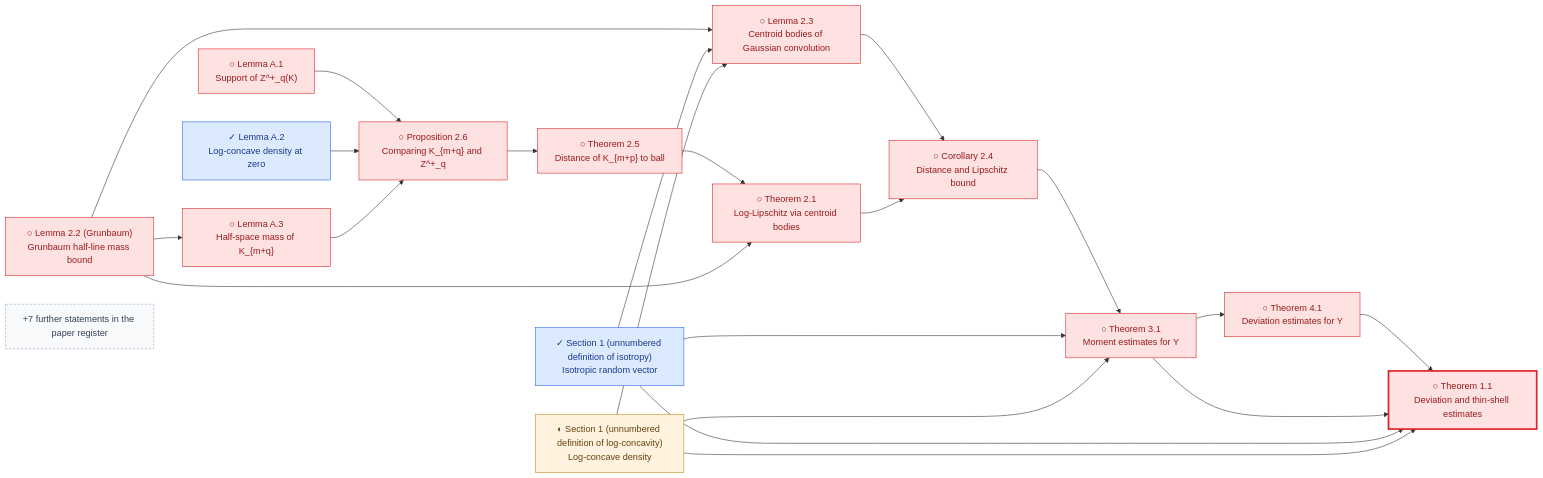
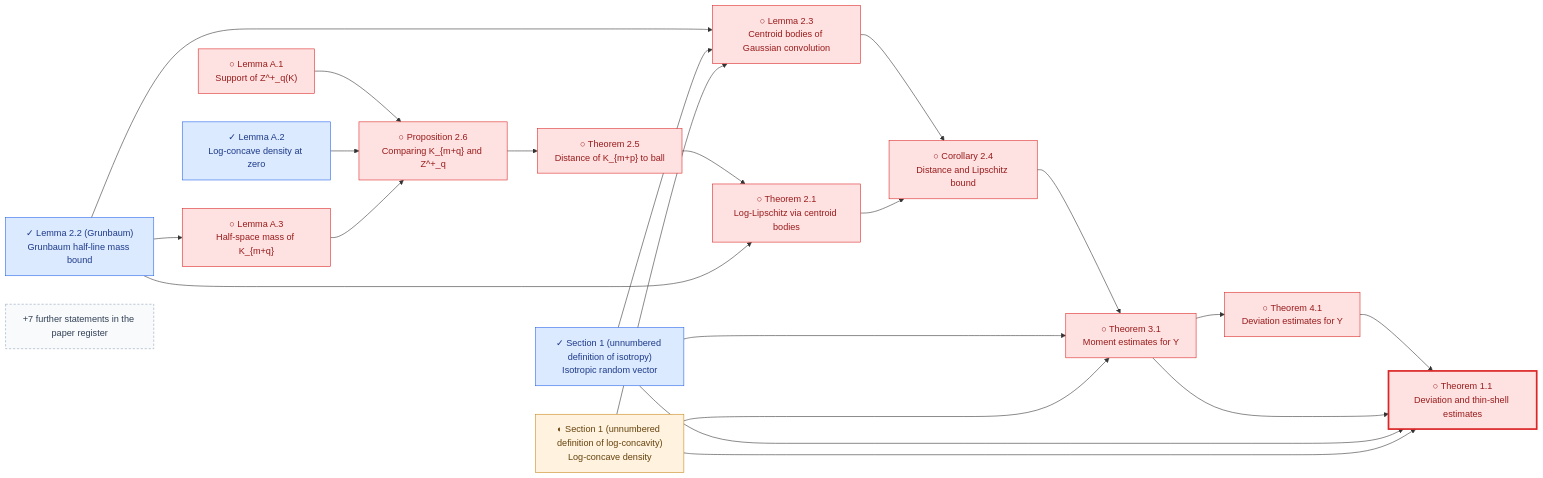
Before and after one commit to human-ai-mathematics/kls-lean: the fourth of 24 diagrams in research/progress/README.md, drawn with Mermaid. The commit also changed other lines of this file and 10 other files, not shown here.

First line of the commit message:
Formalize Grünbaum's lemma on the line (Guédon–Milman 2011, Lemma 2.2)

````diff
--- a/research/progress/README.md
+++ b/research/progress/README.md
@@ -193,47 +193,47 @@
 ```mermaid
 flowchart LR
     GuedonMilman2011_DISO["✓ Section 1 (unnumbered definition of isotropy)<br/>Isotropic random vector"]
     GuedonMilman2011_DLC["◐ Section 1 (unnumbered definition of log-concavity)<br/>Log-concave density"]
     GuedonMilman2011_T11["○ Theorem 1.1<br/>Deviation and thin-shell estimates"]
     GuedonMilman2011_T21["○ Theorem 2.1<br/>Log-Lipschitz via centroid bodies"]
-    GuedonMilman2011_L22["○ Lemma 2.2 (Grunbaum)<br/>Grunbaum half-line mass bound"]
+    GuedonMilman2011_L22["✓ Lemma 2.2 (Grunbaum)<br/>Grunbaum half-line mass bound"]
     GuedonMilman2011_L23["○ Lemma 2.3<br/>Centroid bodies of Gaussian convolution"]
     GuedonMilman2011_C24["○ Corollary 2.4<br/>Distance and Lipschitz bound"]
     GuedonMilman2011_T25["○ Theorem 2.5<br/>Distance of K_{m+p} to ball"]
     GuedonMilman2011_P26["○ Proposition 2.6<br/>Comparing K_{m+q} and Z^+_q"]
     GuedonMilman2011_T31["○ Theorem 3.1<br/>Moment estimates for Y"]
     GuedonMilman2011_T41["○ Theorem 4.1<br/>Deviation estimates for Y"]
     GuedonMilman2011_A1["○ Lemma A.1<br/>Support of Z^+_q(K)"]
     GuedonMilman2011_A2["✓ Lemma A.2<br/>Log-concave density at zero"]
     GuedonMilman2011_A3["○ Lemma A.3<br/>Half-space mass of K_{m+q}"]
     GuedonMilman2011_T41 --> GuedonMilman2011_T11
     GuedonMilman2011_T31 --> GuedonMilman2011_T11
     GuedonMilman2011_DISO --> GuedonMilman2011_T11
     GuedonMilman2011_DLC --> GuedonMilman2011_T11
     GuedonMilman2011_T25 --> GuedonMilman2011_T21
     GuedonMilman2011_L22 --> GuedonMilman2011_T21
     GuedonMilman2011_L22 --> GuedonMilman2011_L23
     GuedonMilman2011_DISO --> GuedonMilman2011_L23
     GuedonMilman2011_DLC --> GuedonMilman2011_L23
     GuedonMilman2011_L23 --> GuedonMilman2011_C24
     GuedonMilman2011_T21 --> GuedonMilman2011_C24
     GuedonMilman2011_P26 --> GuedonMilman2011_T25
     GuedonMilman2011_A1 --> GuedonMilman2011_P26
     GuedonMilman2011_A2 --> GuedonMilman2011_P26
     GuedonMilman2011_A3 --> GuedonMilman2011_P26
     GuedonMilman2011_C24 --> GuedonMilman2011_T31
     GuedonMilman2011_DISO --> GuedonMilman2011_T31
     GuedonMilman2011_DLC --> GuedonMilman2011_T31
     GuedonMilman2011_T31 --> GuedonMilman2011_T41
     GuedonMilman2011_L22 --> GuedonMilman2011_A3
     GuedonMilman2011_more["+7 further statements in the paper register"]
     classDef lemma_formalized fill:#dbeafe,stroke:#2563eb,color:#1e3a8a;
-    class GuedonMilman2011_DISO,GuedonMilman2011_A2 lemma_formalized;
+    class GuedonMilman2011_DISO,GuedonMilman2011_L22,GuedonMilman2011_A2 lemma_formalized;
     classDef lemma_partial fill:#fff3df,stroke:#c88719,color:#66420d;
     class GuedonMilman2011_DLC lemma_partial;
     classDef lemma_pending fill:#fee2e2,stroke:#dc2626,color:#991b1b;
-    class GuedonMilman2011_T11,GuedonMilman2011_T21,GuedonMilman2011_L22,GuedonMilman2011_L23,GuedonMilman2011_C24,GuedonMilman2011_T25,GuedonMilman2011_P26,GuedonMilman2011_T31,GuedonMilman2011_T41,GuedonMilman2011_A1,GuedonMilman2011_A3 lemma_pending;
+    class GuedonMilman2011_T11,GuedonMilman2011_T21,GuedonMilman2011_L23,GuedonMilman2011_C24,GuedonMilman2011_T25,GuedonMilman2011_P26,GuedonMilman2011_T31,GuedonMilman2011_T41,GuedonMilman2011_A1,GuedonMilman2011_A3 lemma_pending;
     style GuedonMilman2011_T11 stroke-width:3px
     classDef lemma_more fill:#f8fafc,stroke:#94a3b8,color:#334155,stroke-dasharray:4 3;
     class GuedonMilman2011_more lemma_more;
 ```
````
